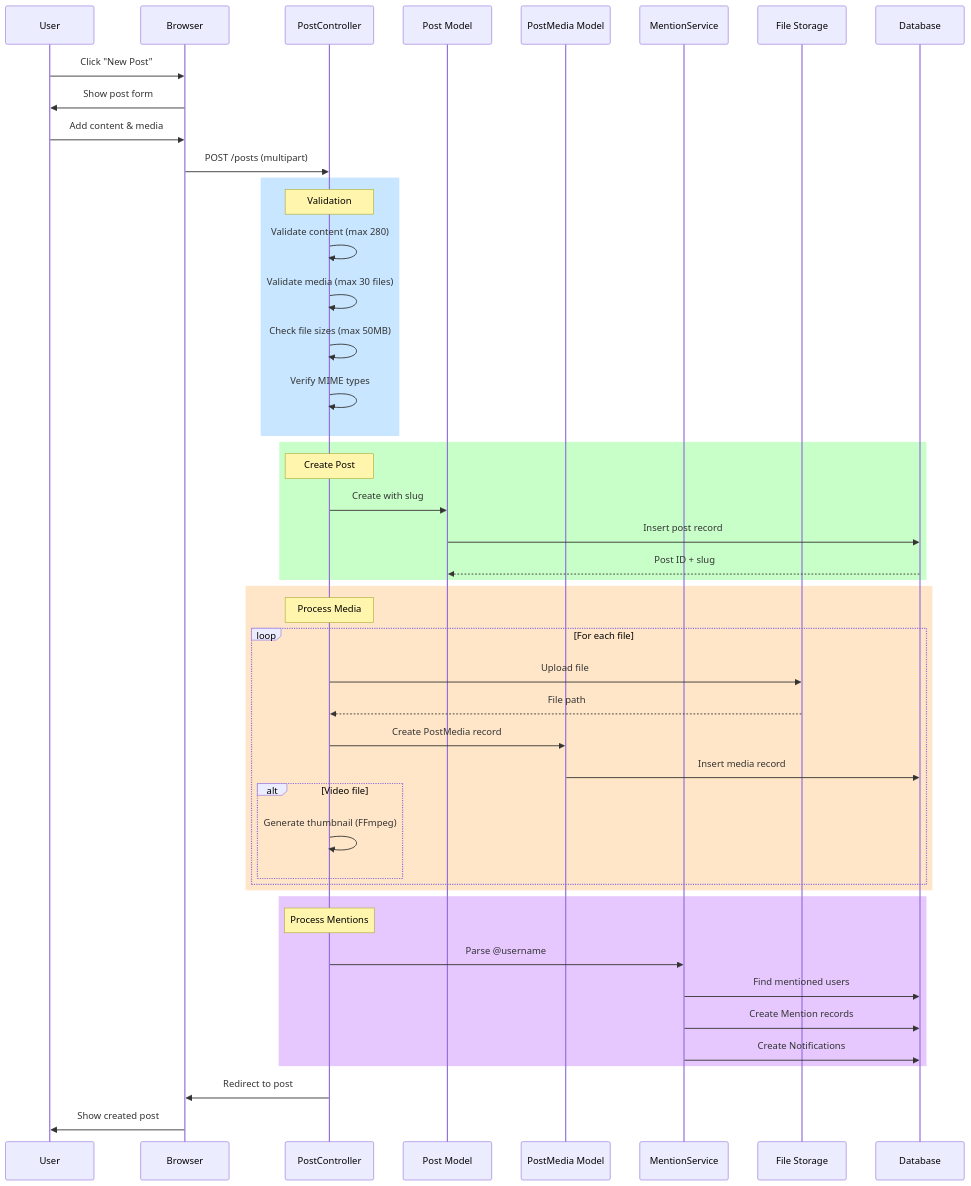
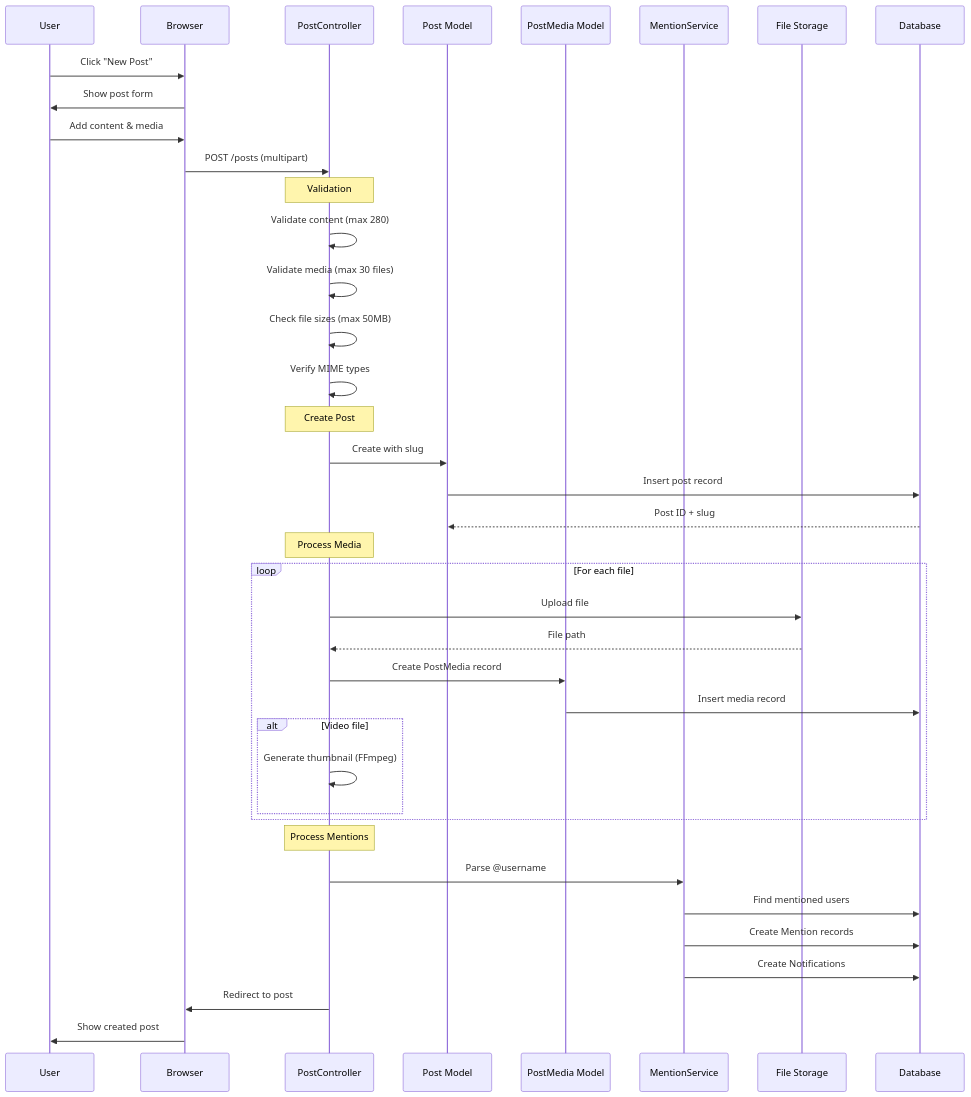
One commit to vd120/laravel_project changed the sixth of 28 diagrams in UML.md. Above: the diagram before and after it, drawn with Mermaid. The commit also changed other lines of this file, not shown here.

````diff
--- a/UML.md
+++ b/UML.md
@@ -1020,55 +744,47 @@
 ```mermaid
 sequenceDiagram
     participant U as User
     participant B as Browser
     participant PC as PostController
     participant PostM as Post Model
     participant MediaM as PostMedia Model
     participant MentionS as MentionService
     participant Storage as File Storage
     participant DB as Database
 
     U->>B: Click "New Post"
     B->>U: Show post form
     U->>B: Add content & media
     B->>PC: POST /posts (multipart)
 
-    rect rgb(200, 230, 255)
-        Note over PC: Validation
-        PC->>PC: Validate content (max 280)
-        PC->>PC: Validate media (max 30 files)
-        PC->>PC: Check file sizes (max 50MB)
-        PC->>PC: Verify MIME types
-    end
+    Note over PC: Validation
+    PC->>PC: Validate content (max 280)
+    PC->>PC: Validate media (max 30 files)
+    PC->>PC: Check file sizes (max 50MB)
+    PC->>PC: Verify MIME types
 
-    rect rgb(200, 255, 200)
-        Note over PC: Create Post
-        PC->>PostM: Create with slug
-        PostM->>DB: Insert post record
-        DB-->>PostM: Post ID + slug
-    end
+    Note over PC: Create Post
+    PC->>PostM: Create with slug
+    PostM->>DB: Insert post record
+    DB-->>PostM: Post ID + slug
 
-    rect rgb(255, 230, 200)
-        Note over PC: Process Media
-        loop For each file
-            PC->>Storage: Upload file
-            Storage-->>PC: File path
-            PC->>MediaM: Create PostMedia record
-            MediaM->>DB: Insert media record
-            alt Video file
-                PC->>PC: Generate thumbnail (FFmpeg)
-            end
+    Note over PC: Process Media
+    loop For each file
+        PC->>Storage: Upload file
+        Storage-->>PC: File path
+        PC->>MediaM: Create PostMedia record
+        MediaM->>DB: Insert media record
+        alt Video file
+            PC->>PC: Generate thumbnail (FFmpeg)
         end
     end
 
-    rect rgb(230, 200, 255)
-        Note over PC: Process Mentions
-        PC->>MentionS: Parse @username
-        MentionS->>DB: Find mentioned users
-        MentionS->>DB: Create Mention records
-        MentionS->>DB: Create Notifications
-    end
+    Note over PC: Process Mentions
+    PC->>MentionS: Parse @username
+    MentionS->>DB: Find mentioned users
+    MentionS->>DB: Create Mention records
+    MentionS->>DB: Create Notifications
 
     PC->>B: Redirect to post
     B->>U: Show created post
 ```
````
